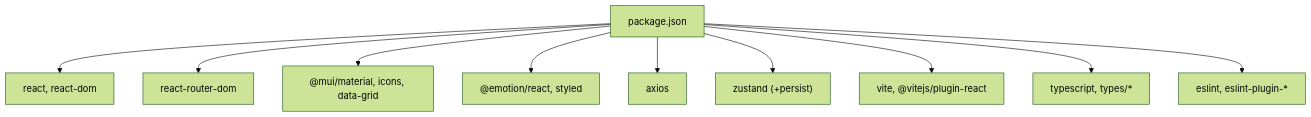
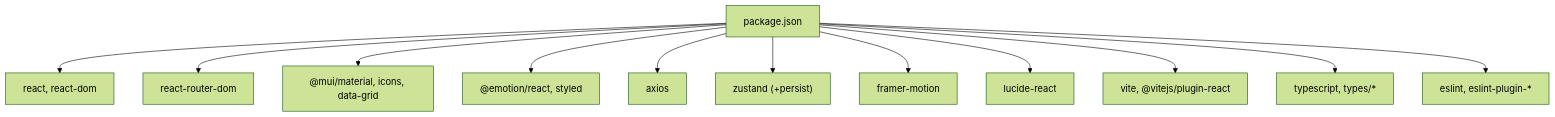
One commit to Vostrikov2014/vks-qoder changed diagram 12 of 12 in .qoder/repowiki/en/content/Frontend Application/Frontend Application.md. Above: the diagram before and after it, drawn with Mermaid (forest theme). The commit also changed other lines of this file and 18 other files, not shown here.

````diff
--- a/.qoder/repowiki/en/content/Frontend Application/Frontend Application.md
+++ b/.qoder/repowiki/en/content/Frontend Application/Frontend Application.md
@@ -407,22 +528,26 @@
 ```mermaid
 graph TB
 Pkg["package.json"]
 React["react, react-dom"]
 Router["react-router-dom"]
 MUI["@mui/material, icons, data-grid"]
 Emotion["@emotion/react, styled"]
 Axios["axios"]
 Zustand["zustand (+persist)"]
+Framer["framer-motion"]
+Lucide["lucide-react"]
 Vite["vite, @vitejs/plugin-react"]
 TS["typescript, types/*"]
 ESL["eslint, eslint-plugin-*"]
 Pkg --> React
 Pkg --> Router
 Pkg --> MUI
 Pkg --> Emotion
 Pkg --> Axios
 Pkg --> Zustand
+Pkg --> Framer
+Pkg --> Lucide
 Pkg --> Vite
 Pkg --> TS
 Pkg --> ESL
 ```
````
